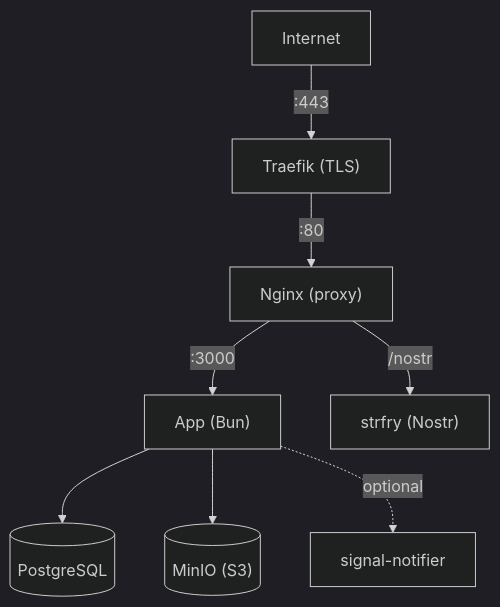
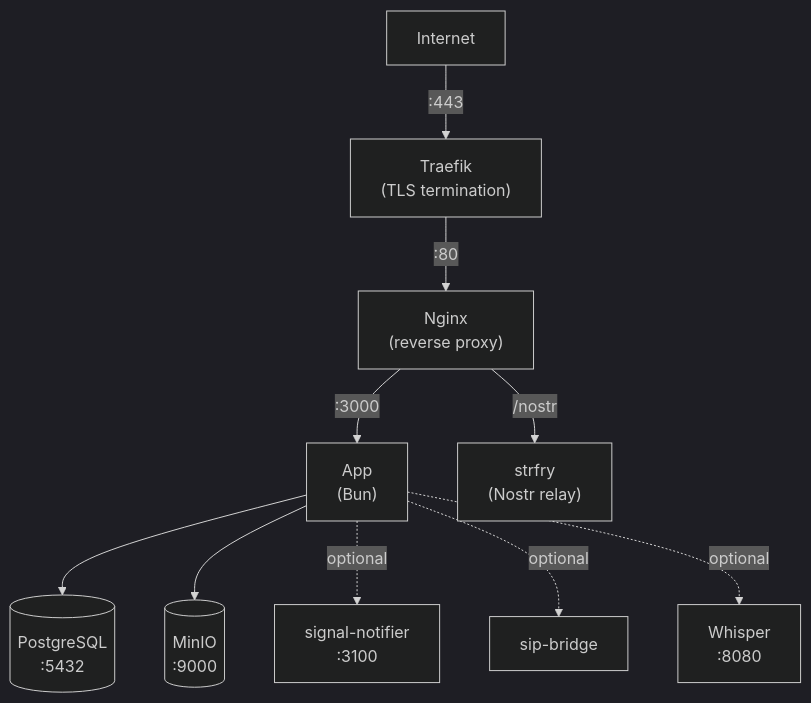
The diagram in site/src/content/docs/ht/deploy/coopcloud.md (rhonda-rodododo/llamenos-platform), drawn with Mermaid (dark theme) before and after one commit. The commit also changed other lines of this file and 37 other files, not shown here.

````diff
--- a/site/src/content/docs/ht/deploy/coopcloud.md
+++ b/site/src/content/docs/ht/deploy/coopcloud.md
@@ -162,10 +312,12 @@
 ```mermaid
 flowchart TD
-    Internet -->|":443"| Traefik["Traefik (TLS)"]
-    Traefik -->|":80"| Nginx["Nginx (proxy)"]
-    Nginx -->|":3000"| App["App (Bun)"]
-    Nginx -->|"/nostr"| Relay["strfry (Nostr)"]
-    App --> PostgreSQL[("PostgreSQL")]
-    App --> MinIO[("MinIO (S3)")]
-    App -.->|"optional"| SignalNotifier["signal-notifier"]
+    Internet -->|":443"| Traefik["Traefik<br/>(TLS termination)"]
+    Traefik -->|":80"| Nginx["Nginx<br/>(reverse proxy)"]
+    Nginx -->|":3000"| App["App<br/>(Bun)"]
+    Nginx -->|"/nostr"| Relay["strfry<br/>(Nostr relay)"]
+    App --> PostgreSQL[("PostgreSQL<br/>:5432")]
+    App --> MinIO[("MinIO<br/>:9000")]
+    App -.->|"optional"| SignalNotifier["signal-notifier<br/>:3100"]
+    App -.->|"optional"| SipBridge["sip-bridge"]
+    App -.->|"optional"| Whisper["Whisper<br/>:8080"]
 ```
````
